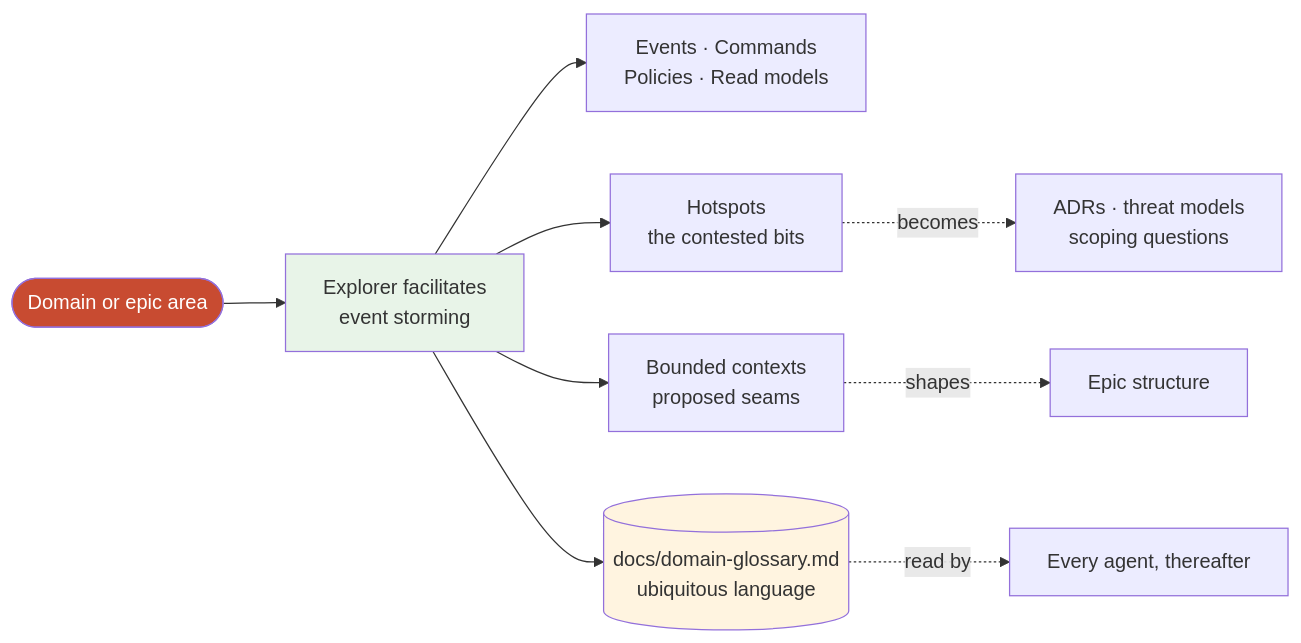
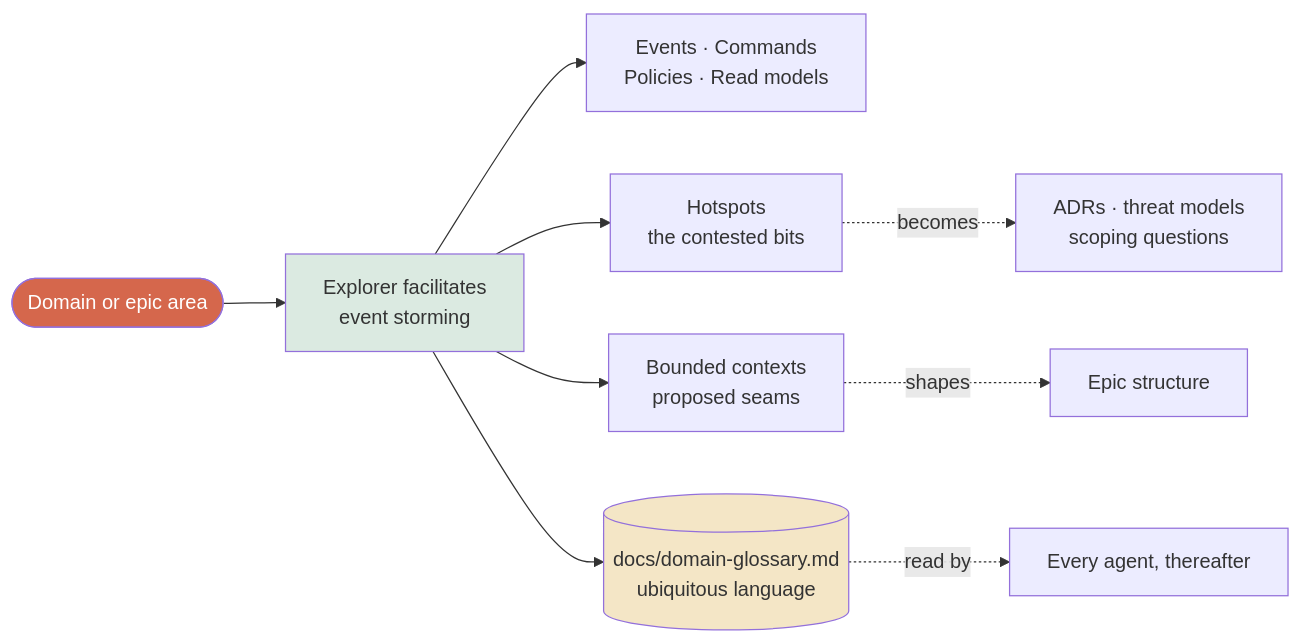
The sixth of 17 diagrams in METHOD.md (nlawstudio/ai-refinement-method), drawn with Mermaid before and after one commit. The commit also changed other lines of this file and 1 other file, not shown here.

````diff
--- a/METHOD.md
+++ b/METHOD.md
@@ -765,16 +786,16 @@
 ```mermaid
 flowchart LR
     Intent([Domain or epic area]) --> Storm[Explorer facilitates<br/>event storming]
     Storm --> Events[Events · Commands<br/>Policies · Read models]
     Storm --> Hot[Hotspots<br/>the contested bits]
     Storm --> BC[Bounded contexts<br/>proposed seams]
     Storm --> Glossary[(docs/domain-glossary.md<br/>ubiquitous language)]
 
     Hot -.becomes.-> Decisions[ADRs · threat models<br/>scoping questions]
     BC -.shapes.-> Epics[Epic structure]
     Glossary -.read by.-> Everyone[Every agent, thereafter]
 
-    style Intent fill:#C84B31,color:#fff
-    style Storm fill:#e8f4e8
-    style Glossary fill:#fff4e0
+    style Intent fill:#D5674C,color:#fff
+    style Storm fill:#DBEAE1
+    style Glossary fill:#F4E6C6
 ```
````
